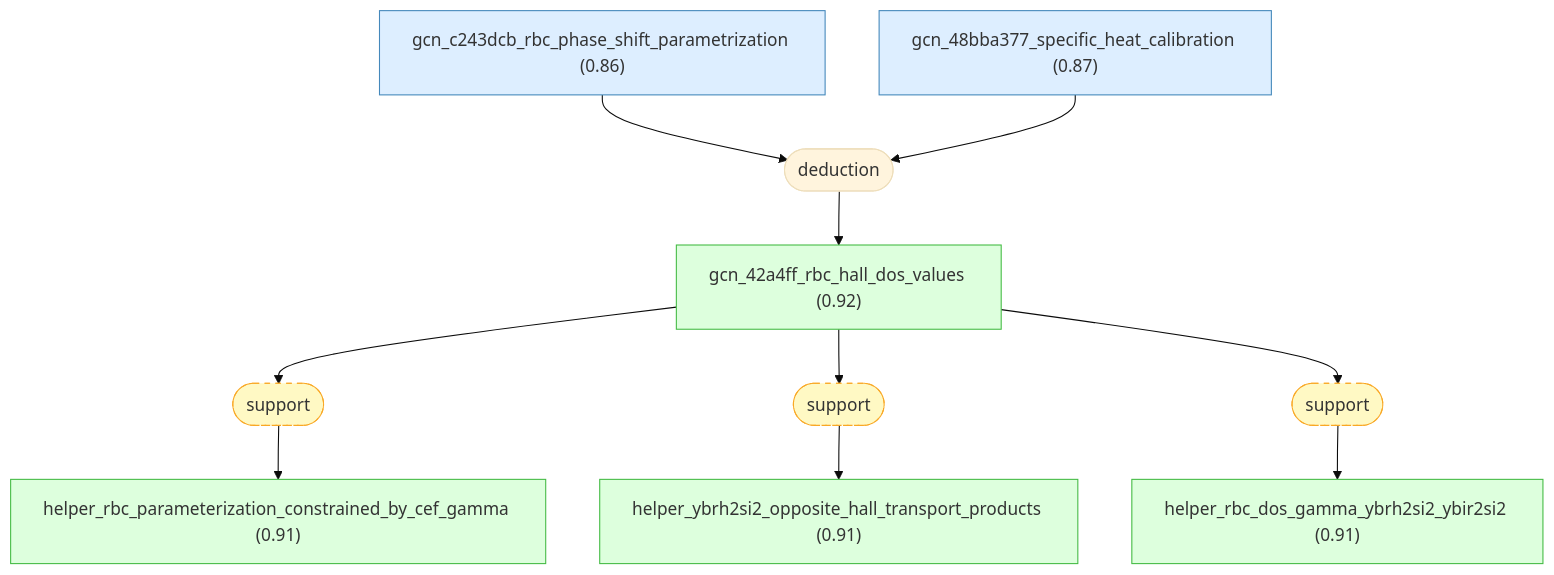
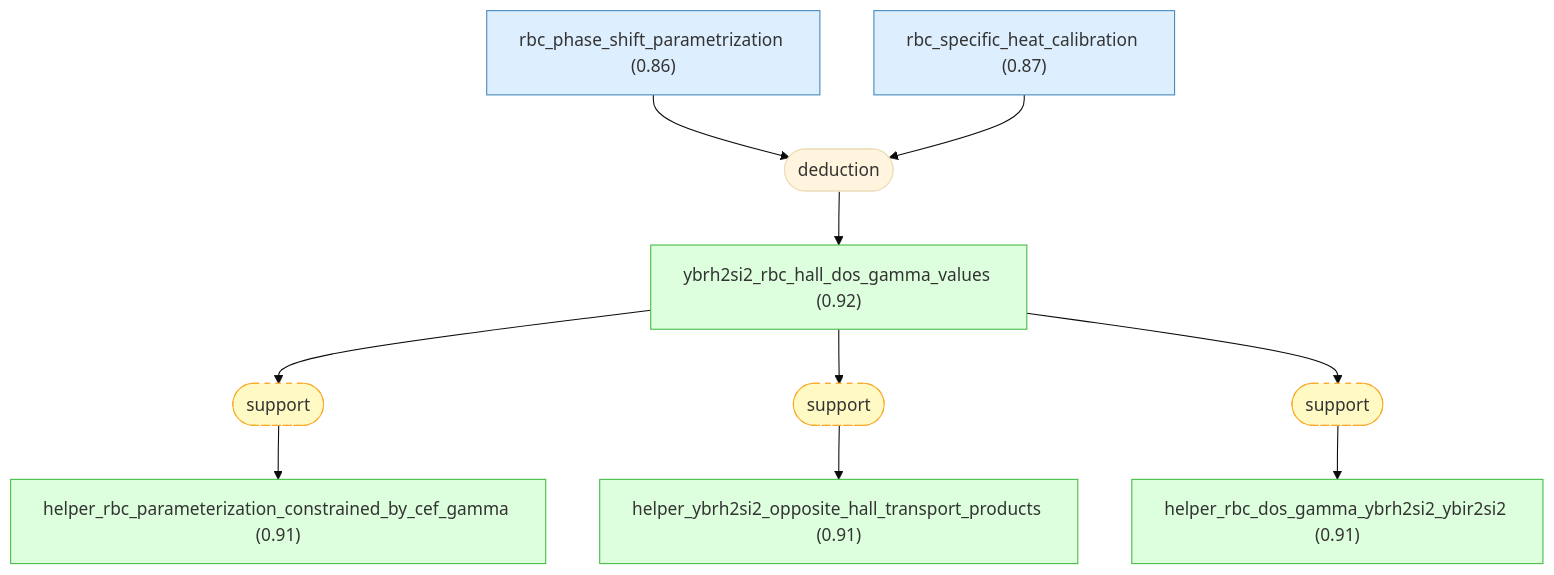
The third of 13 diagrams in docs/detailed-reasoning.md (Callo42/fermi-liquid-effective-mass-gaia), drawn with Mermaid (base theme) before and after one commit. The commit also changed other lines of this file and 33 other files, not shown here.

````diff
--- a/docs/detailed-reasoning.md
+++ b/docs/detailed-reasoning.md
@@ -425,32 +425,32 @@
 ```mermaid
 graph TD
-    gcn_c243dcb_rbc_phase_shift_parametrization["gcn_c243dcb_rbc_phase_shift_parametrization (0.86)"]:::premise
-    gcn_48bba377_specific_heat_calibration["gcn_48bba377_specific_heat_calibration (0.87)"]:::premise
-    gcn_42a4ff_rbc_hall_dos_values["gcn_42a4ff_rbc_hall_dos_values (0.92)"]:::derived
+    rbc_phase_shift_parametrization["rbc_phase_shift_parametrization (0.86)"]:::premise
+    rbc_specific_heat_calibration["rbc_specific_heat_calibration (0.87)"]:::premise
+    ybrh2si2_rbc_hall_dos_gamma_values["ybrh2si2_rbc_hall_dos_gamma_values (0.92)"]:::derived
     helper_rbc_parameterization_constrained_by_cef_gamma["helper_rbc_parameterization_constrained_by_cef_gamma (0.91)"]:::derived
     helper_ybrh2si2_opposite_hall_transport_products["helper_ybrh2si2_opposite_hall_transport_products (0.91)"]:::derived
     helper_rbc_dos_gamma_ybrh2si2_ybir2si2["helper_rbc_dos_gamma_ybrh2si2_ybir2si2 (0.91)"]:::derived
     strat_2(["deduction"])
-    gcn_c243dcb_rbc_phase_shift_parametrization --> strat_2
-    gcn_48bba377_specific_heat_calibration --> strat_2
-    strat_2 --> gcn_42a4ff_rbc_hall_dos_values
+    rbc_phase_shift_parametrization --> strat_2
+    rbc_specific_heat_calibration --> strat_2
+    strat_2 --> ybrh2si2_rbc_hall_dos_gamma_values
     strat_3(["support"]):::weak
-    gcn_42a4ff_rbc_hall_dos_values --> strat_3
+    ybrh2si2_rbc_hall_dos_gamma_values --> strat_3
     strat_3 --> helper_rbc_parameterization_constrained_by_cef_gamma
     strat_4(["support"]):::weak
-    gcn_42a4ff_rbc_hall_dos_values --> strat_4
+    ybrh2si2_rbc_hall_dos_gamma_values --> strat_4
     strat_4 --> helper_ybrh2si2_opposite_hall_transport_products
     strat_5(["support"]):::weak
-    gcn_42a4ff_rbc_hall_dos_values --> strat_5
+    ybrh2si2_rbc_hall_dos_gamma_values --> strat_5
     strat_5 --> helper_rbc_dos_gamma_ybrh2si2_ybir2si2
 
     classDef setting fill:#f0f0f0,stroke:#999,color:#333
     classDef premise fill:#ddeeff,stroke:#4488bb,color:#333
     classDef derived fill:#ddffdd,stroke:#44bb44,color:#333
     classDef question fill:#fff3dd,stroke:#cc9944,color:#333
     classDef background fill:#f5f5f5,stroke:#bbb,stroke-dasharray: 5 5,color:#333
     classDef orphan fill:#fff,stroke:#ccc,stroke-dasharray: 5 5,color:#333
     classDef external fill:#fff,stroke:#aaa,stroke-dasharray: 3 3,color:#333
     classDef weak fill:#fff9c4,stroke:#f9a825,stroke-dasharray: 5 5,color:#333
     classDef contra fill:#ffebee,stroke:#c62828,color:#333
 ```
````
